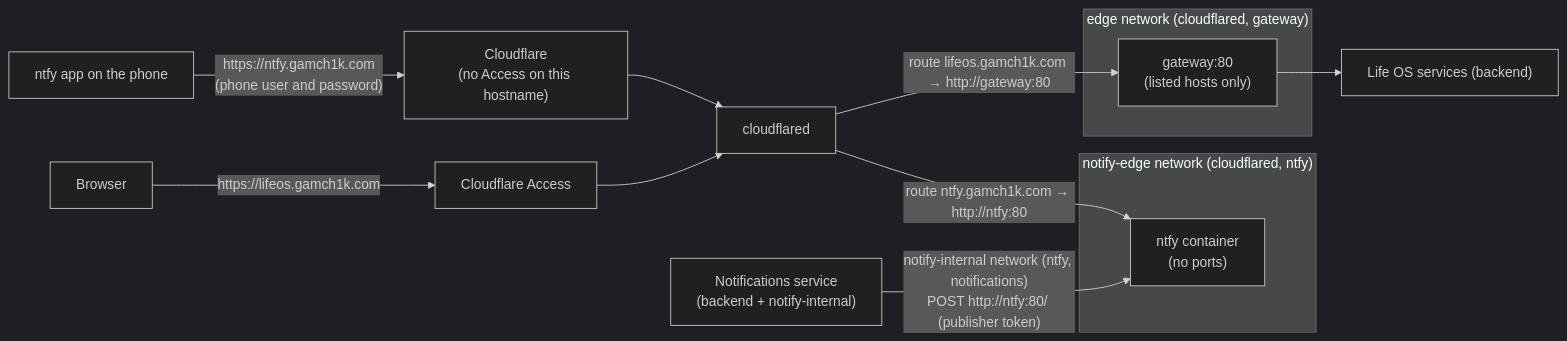
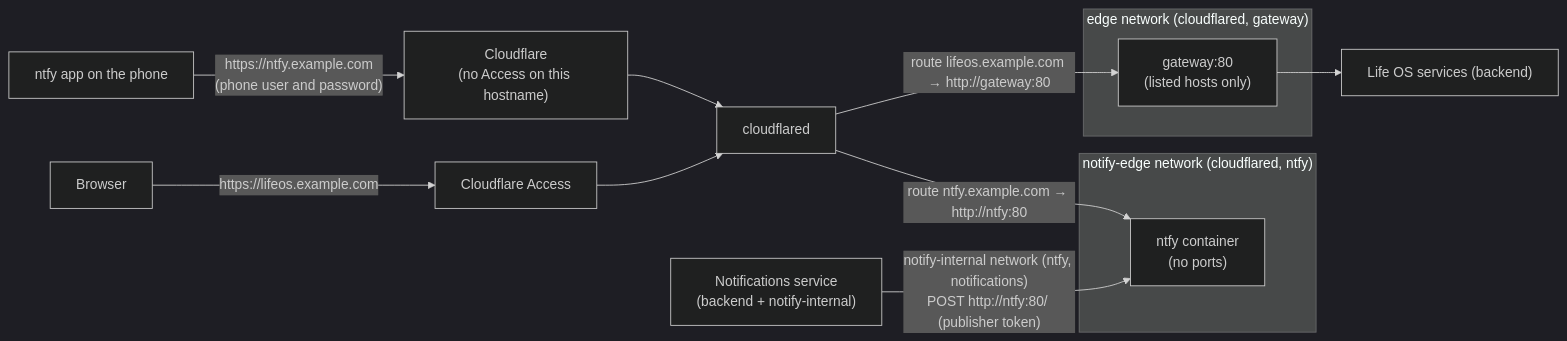
Before and after one commit to GAMch1k/life-os: the diagram in docs/operations/ntfy.md, drawn with Mermaid (dark theme). The commit also changed other lines of this file and 11 other files, not shown here.

````diff
--- a/docs/operations/ntfy.md
+++ b/docs/operations/ntfy.md
@@ -5,14 +5,14 @@
 ```mermaid
 flowchart LR
   subgraph notify-edge["notify-edge network (cloudflared, ntfy)"]
     Ntfy["ntfy container<br>(no ports)"]
   end
   subgraph edge["edge network (cloudflared, gateway)"]
     Gateway["gateway:80<br>(listed hosts only)"]
   end
-  Phone["ntfy app on the phone"] -- "https://ntfy.gamch1k.com<br>(phone user and password)" --> CFN["Cloudflare<br>(no Access on this hostname)"] --> Connector[cloudflared]
-  Browser -- "https://lifeos.gamch1k.com" --> Access[Cloudflare Access] --> Connector
-  Connector -- "route ntfy.gamch1k.com → http://ntfy:80" --> Ntfy
-  Connector -- "route lifeos.gamch1k.com → http://gateway:80" --> Gateway --> LifeOS["Life OS services (backend)"]
+  Phone["ntfy app on the phone"] -- "https://ntfy.example.com<br>(phone user and password)" --> CFN["Cloudflare<br>(no Access on this hostname)"] --> Connector[cloudflared]
+  Browser -- "https://lifeos.example.com" --> Access[Cloudflare Access] --> Connector
+  Connector -- "route ntfy.example.com → http://ntfy:80" --> Ntfy
+  Connector -- "route lifeos.example.com → http://gateway:80" --> Gateway --> LifeOS["Life OS services (backend)"]
   N["Notifications service<br>(backend + notify-internal)"] -- "notify-internal network (ntfy, notifications)<br>POST http://ntfy:80/ (publisher token)" --> Ntfy
 ```
````
